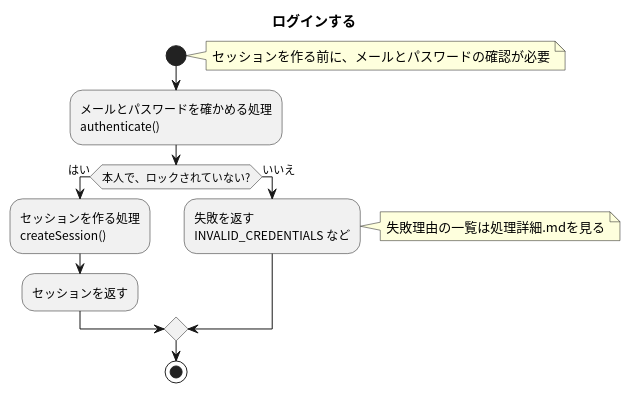
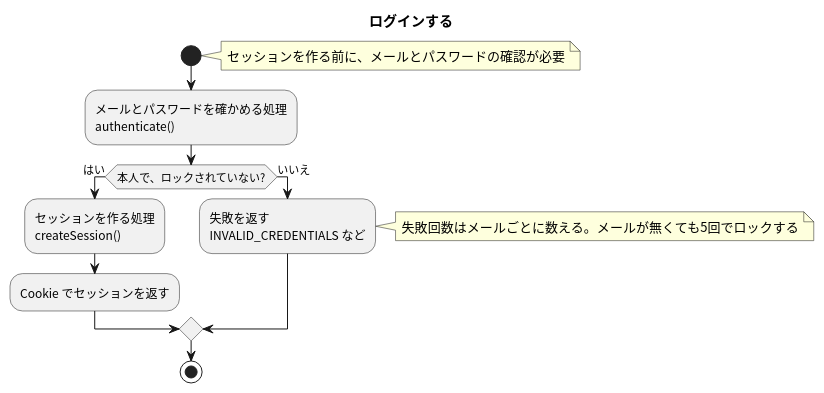
One commit to masamasamasato/design-doc-template changed the diagram in apis/login/flow.puml. Above: the diagram before and after it, drawn with PlantUML. The commit also changed 18 other files, not shown here.

```diff
--- a/apis/login/flow.puml
+++ b/apis/login/flow.puml
@@ -3,19 +3,19 @@
 @startuml
 skinparam shadowing false
 skinparam defaultFontName "Noto Sans CJK JP"
 skinparam ActivityFontName "Noto Sans CJK JP"
 
 title ログインする
 
 start
 note right: セッションを作る前に、メールとパスワードの確認が必要
 :メールとパスワードを確かめる処理\nauthenticate();
 if (本人で、ロックされていない?) then (はい)
   :セッションを作る処理\ncreateSession();
-  :セッションを返す;
+  :Cookie でセッションを返す;
 else (いいえ)
   :失敗を返す\nINVALID_CREDENTIALS など;
-  note right: 失敗理由の一覧は処理詳細.mdを見る
+  note right: 失敗回数はメールごとに数える。メールが無くても5回でロックする
 endif
 stop
 @enduml
```
